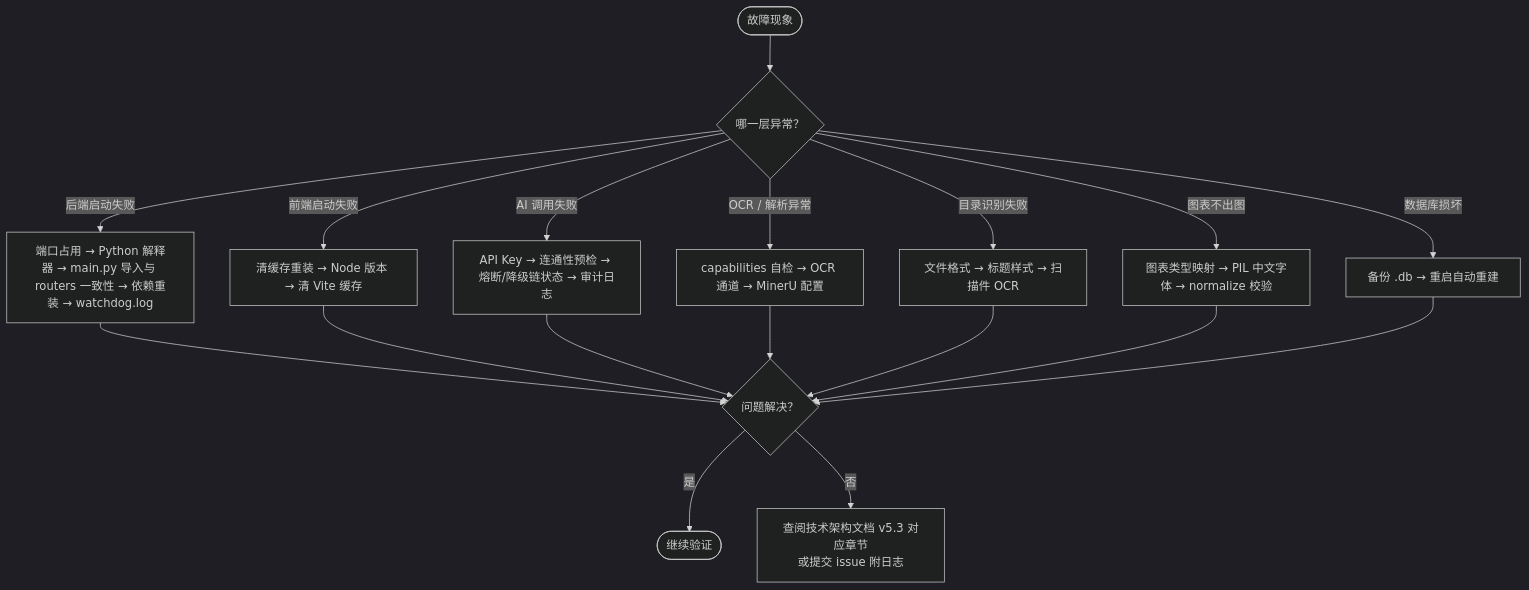
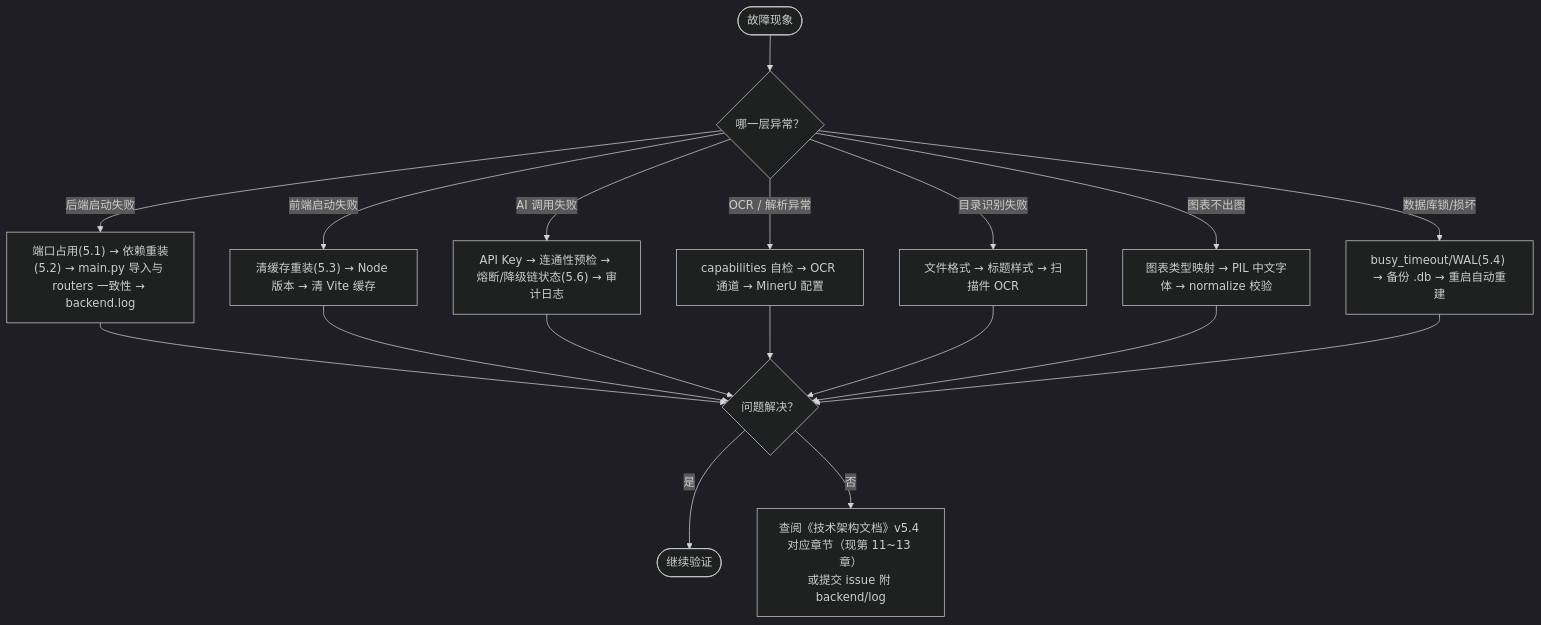
One commit to he-fei-ai/bidforge-jiangong changed the fifth of 6 diagrams in docs/软件编译计划书.MD. Above: the diagram before and after it, drawn with Mermaid (dark theme). The commit also changed other lines of this file and 2 other files, not shown here.

First line of the commit message:
docs: 主文档更新至 v5.4，合并 v5.3 图集并对齐 2026-11-09 实测数字

````diff
--- a/docs/软件编译计划书.MD
+++ b/docs/软件编译计划书.MD
@@ -467,14 +485,14 @@
 ```mermaid
 flowchart TD
     A(["故障现象"]) --> B{哪一层异常？}
-    B -->|后端启动失败| C1["端口占用 → Python 解释器 → main.py 导入与 routers 一致性 → 依赖重装 → watchdog.log"]
-    B -->|前端启动失败| C2["清缓存重装 → Node 版本 → 清 Vite 缓存"]
-    B -->|AI 调用失败| C3["API Key → 连通性预检 → 熔断/降级链状态 → 审计日志"]
+    B -->|后端启动失败| C1["端口占用(5.1) → 依赖重装(5.2) → main.py 导入与 routers 一致性 → backend.log"]
+    B -->|前端启动失败| C2["清缓存重装(5.3) → Node 版本 → 清 Vite 缓存"]
+    B -->|AI 调用失败| C3["API Key → 连通性预检 → 熔断/降级链状态(5.6) → 审计日志"]
     B -->|OCR / 解析异常| C4["capabilities 自检 → OCR 通道 → MinerU 配置"]
     B -->|目录识别失败| C5["文件格式 → 标题样式 → 扫描件 OCR"]
     B -->|图表不出图| C6["图表类型映射 → PIL 中文字体 → normalize 校验"]
-    B -->|数据库损坏| C7["备份 .db → 重启自动重建"]
+    B -->|数据库锁/损坏| C7["busy_timeout/WAL(5.4) → 备份 .db → 重启自动重建"]
     C1 & C2 & C3 & C4 & C5 & C6 & C7 --> D{"问题解决？"}
     D -->|是| E(["继续验证"])
-    D -->|否| F["查阅技术架构文档 v5.3 对应章节<br/>或提交 issue 附日志"]
+    D -->|否| F["查阅《技术架构文档》v5.4 对应章节（现第 11~13 章）<br/>或提交 issue 附 backend/log"]
 ```
````
